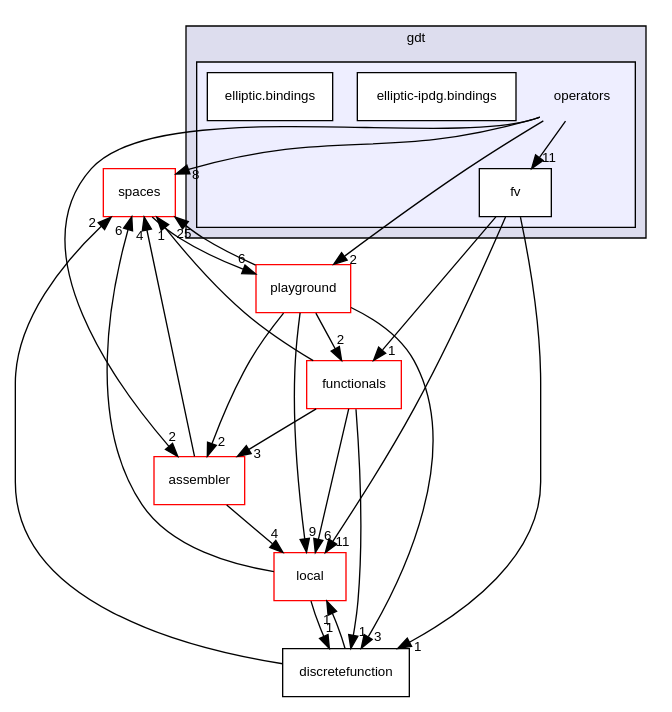
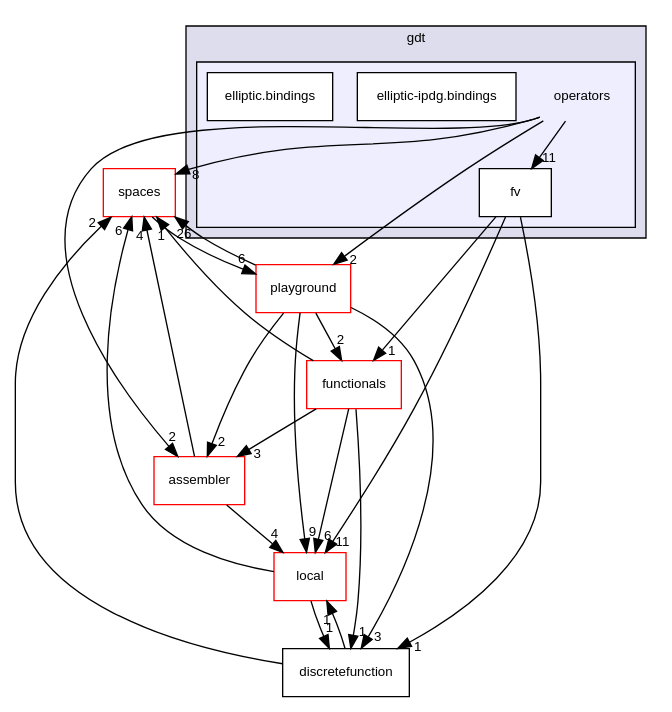
One commit to dune-community/dune-community.github.io changed the diagram in docs/dune-gdt/master/dir_8eae17099f455a1cfbd2c25e13098b8a_dep.dot. Above: the diagram before and after it, drawn with Graphviz. The commit also changed 31 other files, not shown here.

```diff
--- a/docs/dune-gdt/master/dir_8eae17099f455a1cfbd2c25e13098b8a_dep.dot
+++ b/docs/dune-gdt/master/dir_8eae17099f455a1cfbd2c25e13098b8a_dep.dot
@@ -1,44 +1,44 @@
 digraph "operators" {
   compound=true
   node [ fontsize="10", fontname="Helvetica"];
   edge [ labelfontsize="10", labelfontname="Helvetica"];
   subgraph clusterdir_34906b46abd2322068aa0195bd244708 {
     graph [ bgcolor="#ddddee", pencolor="black", label="gdt" fontname="Helvetica", fontsize="10", URL="dir_34906b46abd2322068aa0195bd244708.html"]
   subgraph clusterdir_8eae17099f455a1cfbd2c25e13098b8a {
     graph [ bgcolor="#eeeeff", pencolor="black", label="" URL="dir_8eae17099f455a1cfbd2c25e13098b8a.html"];
     dir_8eae17099f455a1cfbd2c25e13098b8a [shape=plaintext label="operators"];
     dir_87b18a23d9e51f5817cb49ca1cea9468 [shape=box label="elliptic-ipdg.bindings" color="black" fillcolor="white" style="filled" URL="dir_87b18a23d9e51f5817cb49ca1cea9468.html"];
     dir_461b88b7437d3f3734080eae7c119c1d [shape=box label="elliptic.bindings" color="black" fillcolor="white" style="filled" URL="dir_461b88b7437d3f3734080eae7c119c1d.html"];
     dir_8fbd9d79de26bd0c08e4e5fb2ef2e7c5 [shape=box label="fv" color="black" fillcolor="white" style="filled" URL="dir_8fbd9d79de26bd0c08e4e5fb2ef2e7c5.html"];
   }
   }
   dir_e5964b6fd5a6d82d96e1215fe4a1a66d [shape=box label="local" fillcolor="white" style="filled" color="red" URL="dir_e5964b6fd5a6d82d96e1215fe4a1a66d.html"];
   dir_e555b9af892587a8ff0beb600029e8f8 [shape=box label="discretefunction" URL="dir_e555b9af892587a8ff0beb600029e8f8.html"];
   dir_43d0cc378a1b7044a9ebea179385123e [shape=box label="spaces" fillcolor="white" style="filled" color="red" URL="dir_43d0cc378a1b7044a9ebea179385123e.html"];
   dir_1eea3f25d96e3194dad91b986d4f2dcc [shape=box label="playground" fillcolor="white" style="filled" color="red" URL="dir_1eea3f25d96e3194dad91b986d4f2dcc.html"];
   dir_4c554f9d783d63f5e41bbf46d8f2008d [shape=box label="assembler" fillcolor="white" style="filled" color="red" URL="dir_4c554f9d783d63f5e41bbf46d8f2008d.html"];
   dir_a1591cda0d63e65779075ba0a12732f6 [shape=box label="functionals" fillcolor="white" style="filled" color="red" URL="dir_a1591cda0d63e65779075ba0a12732f6.html"];
   dir_8fbd9d79de26bd0c08e4e5fb2ef2e7c5->dir_e5964b6fd5a6d82d96e1215fe4a1a66d [headlabel="11", labeldistance=1.5 headhref="dir_000018_000017.html"];
   dir_8fbd9d79de26bd0c08e4e5fb2ef2e7c5->dir_e555b9af892587a8ff0beb600029e8f8 [headlabel="1", labeldistance=1.5 headhref="dir_000018_000022.html"];
   dir_8fbd9d79de26bd0c08e4e5fb2ef2e7c5->dir_a1591cda0d63e65779075ba0a12732f6 [headlabel="1", labeldistance=1.5 headhref="dir_000018_000014.html"];
   dir_e5964b6fd5a6d82d96e1215fe4a1a66d->dir_e555b9af892587a8ff0beb600029e8f8 [headlabel="1", labeldistance=1.5 headhref="dir_000017_000022.html"];
   dir_e5964b6fd5a6d82d96e1215fe4a1a66d->dir_43d0cc378a1b7044a9ebea179385123e [headlabel="6", labeldistance=1.5 headhref="dir_000017_000007.html"];
   dir_e555b9af892587a8ff0beb600029e8f8->dir_e5964b6fd5a6d82d96e1215fe4a1a66d [headlabel="1", labeldistance=1.5 headhref="dir_000022_000017.html"];
   dir_e555b9af892587a8ff0beb600029e8f8->dir_43d0cc378a1b7044a9ebea179385123e [headlabel="2", labeldistance=1.5 headhref="dir_000022_000007.html"];
   dir_43d0cc378a1b7044a9ebea179385123e->dir_1eea3f25d96e3194dad91b986d4f2dcc [headlabel="6", labeldistance=1.5 headhref="dir_000007_000019.html"];
   dir_8eae17099f455a1cfbd2c25e13098b8a->dir_8fbd9d79de26bd0c08e4e5fb2ef2e7c5 [headlabel="11", labeldistance=1.5 headhref="dir_000005_000018.html"];
   dir_8eae17099f455a1cfbd2c25e13098b8a->dir_43d0cc378a1b7044a9ebea179385123e [headlabel="8", labeldistance=1.5 headhref="dir_000005_000007.html"];
   dir_8eae17099f455a1cfbd2c25e13098b8a->dir_1eea3f25d96e3194dad91b986d4f2dcc [headlabel="2", labeldistance=1.5 headhref="dir_000005_000019.html"];
   dir_8eae17099f455a1cfbd2c25e13098b8a->dir_4c554f9d783d63f5e41bbf46d8f2008d [headlabel="2", labeldistance=1.5 headhref="dir_000005_000012.html"];
   dir_1eea3f25d96e3194dad91b986d4f2dcc->dir_e5964b6fd5a6d82d96e1215fe4a1a66d [headlabel="9", labeldistance=1.5 headhref="dir_000019_000017.html"];
   dir_1eea3f25d96e3194dad91b986d4f2dcc->dir_e555b9af892587a8ff0beb600029e8f8 [headlabel="3", labeldistance=1.5 headhref="dir_000019_000022.html"];
-  dir_1eea3f25d96e3194dad91b986d4f2dcc->dir_43d0cc378a1b7044a9ebea179385123e [headlabel="25", labeldistance=1.5 headhref="dir_000019_000007.html"];
+  dir_1eea3f25d96e3194dad91b986d4f2dcc->dir_43d0cc378a1b7044a9ebea179385123e [headlabel="26", labeldistance=1.5 headhref="dir_000019_000007.html"];
   dir_1eea3f25d96e3194dad91b986d4f2dcc->dir_4c554f9d783d63f5e41bbf46d8f2008d [headlabel="2", labeldistance=1.5 headhref="dir_000019_000012.html"];
   dir_1eea3f25d96e3194dad91b986d4f2dcc->dir_a1591cda0d63e65779075ba0a12732f6 [headlabel="2", labeldistance=1.5 headhref="dir_000019_000014.html"];
   dir_4c554f9d783d63f5e41bbf46d8f2008d->dir_e5964b6fd5a6d82d96e1215fe4a1a66d [headlabel="4", labeldistance=1.5 headhref="dir_000012_000017.html"];
   dir_4c554f9d783d63f5e41bbf46d8f2008d->dir_43d0cc378a1b7044a9ebea179385123e [headlabel="4", labeldistance=1.5 headhref="dir_000012_000007.html"];
   dir_a1591cda0d63e65779075ba0a12732f6->dir_e5964b6fd5a6d82d96e1215fe4a1a66d [headlabel="6", labeldistance=1.5 headhref="dir_000014_000017.html"];
   dir_a1591cda0d63e65779075ba0a12732f6->dir_e555b9af892587a8ff0beb600029e8f8 [headlabel="1", labeldistance=1.5 headhref="dir_000014_000022.html"];
   dir_a1591cda0d63e65779075ba0a12732f6->dir_43d0cc378a1b7044a9ebea179385123e [headlabel="1", labeldistance=1.5 headhref="dir_000014_000007.html"];
   dir_a1591cda0d63e65779075ba0a12732f6->dir_4c554f9d783d63f5e41bbf46d8f2008d [headlabel="3", labeldistance=1.5 headhref="dir_000014_000012.html"];
 }
```
